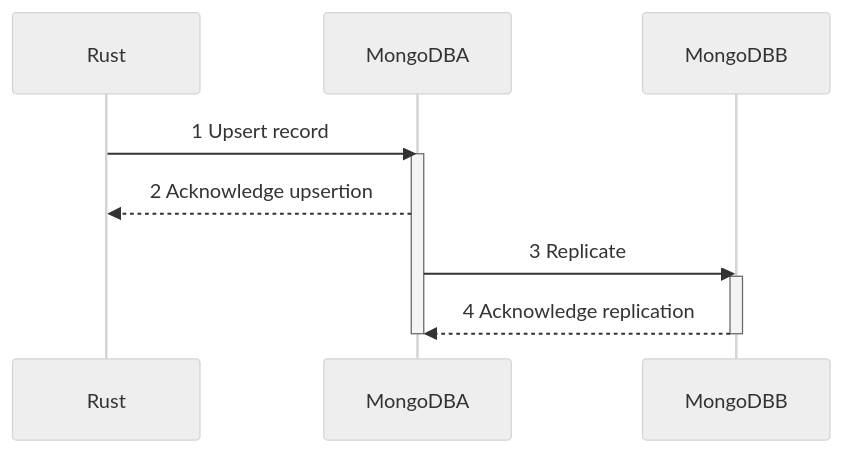
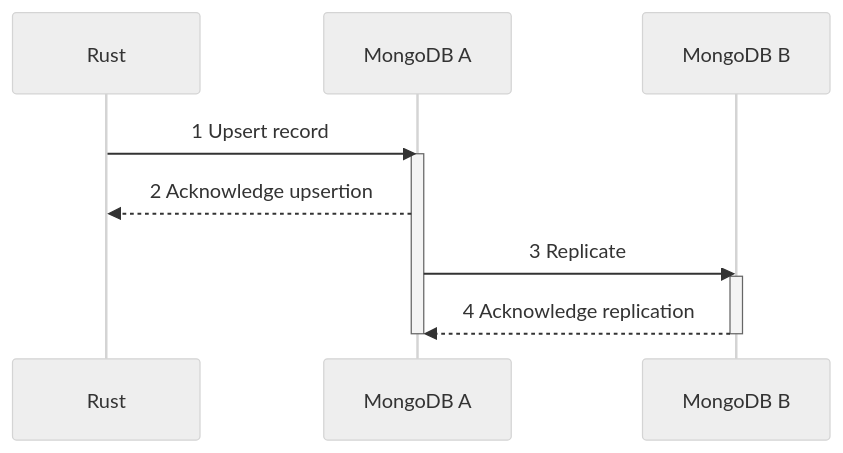
One commit to MarcoLuglio/kubernetes-mongodb changed the diagram in README.md. Above: the diagram before and after it, drawn with Mermaid (neutral theme).

Commit message:
Adding spaces to sequence diagram

````diff
--- a/README.md
+++ b/README.md
@@ -4,19 +4,19 @@
 ```mermaid
 sequenceDiagram
 
 %% Download mermaid diagram extension to view the sequence below.
 %% Try it on https://mermaid-js.github.io/mermaid-live-editor/edit
 
 participant Rust
-participant MongoDBA
-participant MongoDBB
+participant MongoDB A
+participant MongoDB B
 
-Rust->>MongoDBA: 1 Upsert record
-activate MongoDBA
-MongoDBA-->>Rust: 2 Acknowledge upsertion
-MongoDBA->>MongoDBB: 3 Replicate
-activate MongoDBB
-MongoDBB-->>MongoDBA: 4 Acknowledge replication
-deactivate MongoDBB
-deactivate MongoDBA
+Rust->>MongoDB A: 1 Upsert record
+activate MongoDB A
+MongoDB A-->>Rust: 2 Acknowledge upsertion
+MongoDB A->>MongoDB B: 3 Replicate
+activate MongoDB B
+MongoDB B-->>MongoDB A: 4 Acknowledge replication
+deactivate MongoDB B
+deactivate MongoDB A
 ```
````
